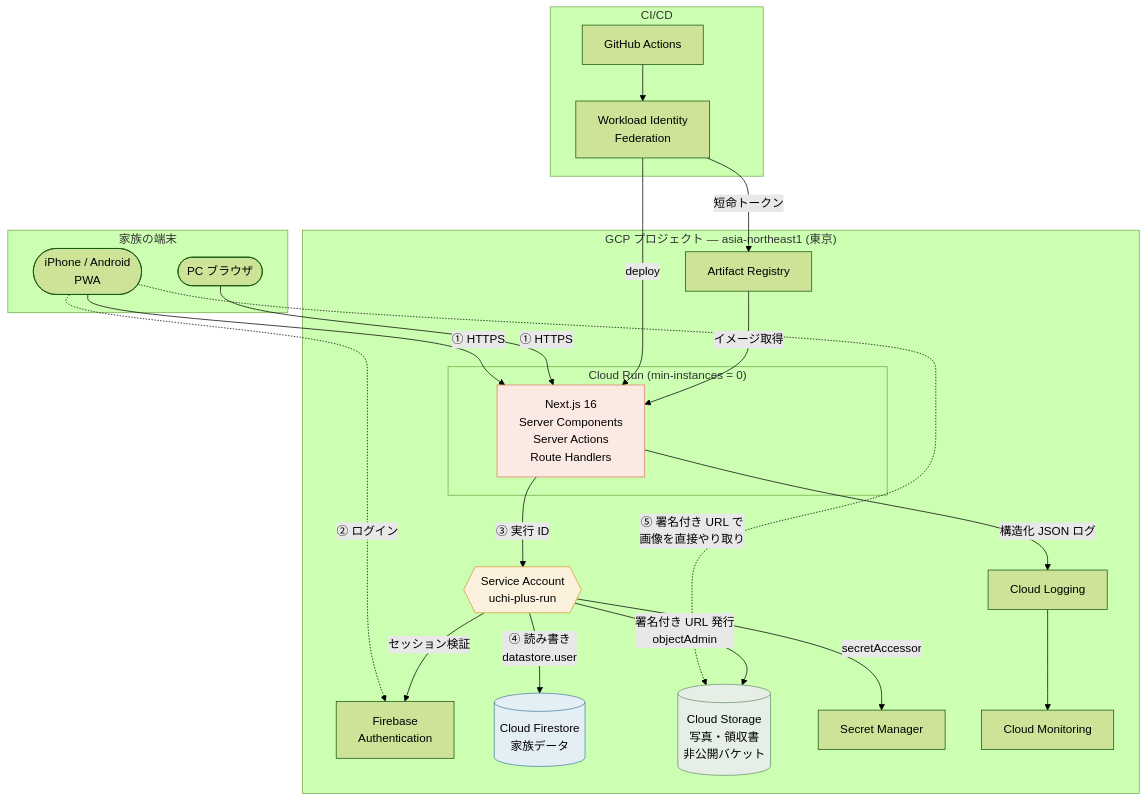
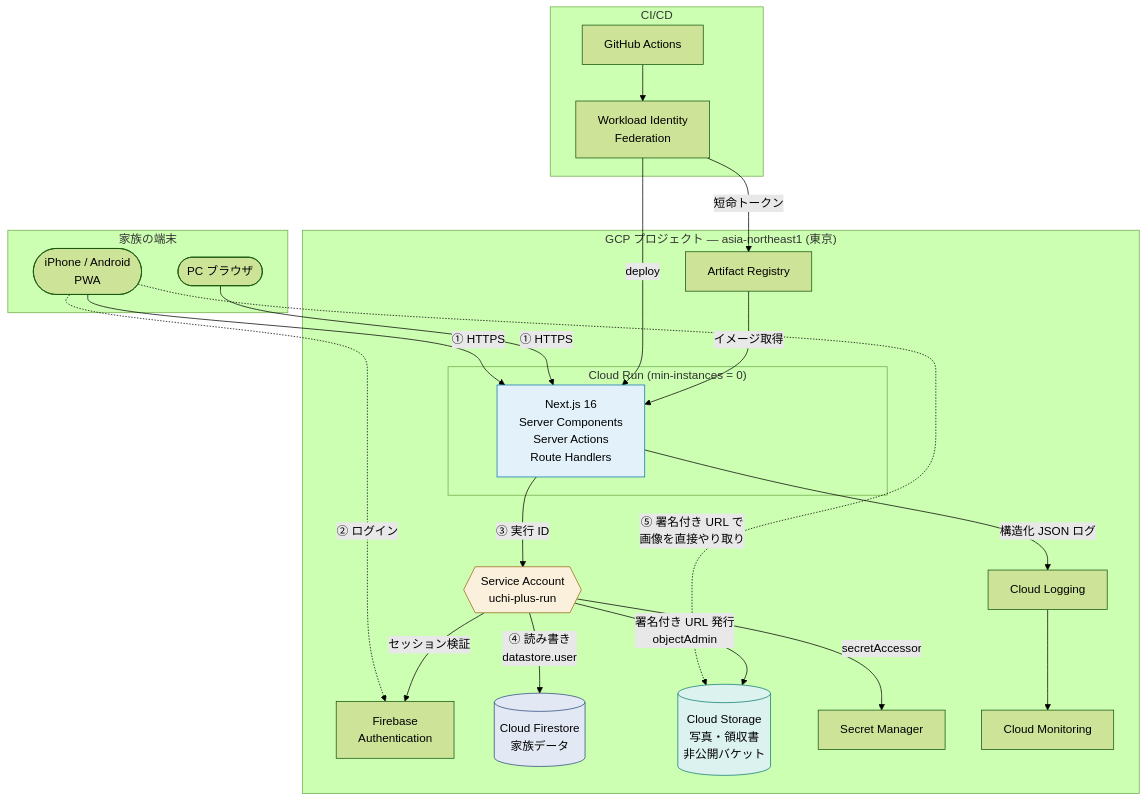
The first of 3 diagrams in README.md (Azuma86/project_uchi), drawn with Mermaid (forest theme) before and after one commit. The commit also changed other lines of this file and 41 other files, not shown here.

````diff
--- a/README.md
+++ b/README.md
@@ -70,50 +72,50 @@
 ```mermaid
 graph TB
     subgraph client["家族の端末"]
         MOBILE(["iPhone / Android<br/>PWA"])
         PC(["PC ブラウザ"])
     end
 
     subgraph gcp["GCP プロジェクト — asia-northeast1 (東京)"]
         subgraph run["Cloud Run (min-instances = 0)"]
             NEXT["Next.js 16<br/>Server Components<br/>Server Actions<br/>Route Handlers"]
         end
 
         AUTH["Firebase<br/>Authentication"]
         FS[("Cloud Firestore<br/>家族データ")]
         GCS[("Cloud Storage<br/>写真・領収書<br/>非公開バケット")]
         SM["Secret Manager"]
         LOG["Cloud Logging"]
         MON["Cloud Monitoring"]
         AR["Artifact Registry"]
         SA{{"Service Account<br/>uchi-plus-run"}}
     end
 
     subgraph ci["CI/CD"]
         GHA["GitHub Actions"]
         WIF["Workload Identity<br/>Federation"]
     end
 
     MOBILE -->|"① HTTPS"| NEXT
     PC -->|"① HTTPS"| NEXT
     MOBILE -.->|"② ログイン"| AUTH
     MOBILE -.->|"⑤ 署名付き URL で<br/>画像を直接やり取り"| GCS
 
     NEXT -->|"③ 実行 ID"| SA
     SA -->|"セッション検証"| AUTH
     SA -->|"④ 読み書き<br/>datastore.user"| FS
     SA -->|"署名付き URL 発行<br/>objectAdmin"| GCS
     SA -->|"secretAccessor"| SM
     NEXT -->|"構造化 JSON ログ"| LOG
     LOG --> MON
 
     GHA --> WIF
     WIF -->|"短命トークン"| AR
     WIF -->|"deploy"| NEXT
     AR -->|"イメージ取得"| NEXT
 
-    style NEXT fill:#fbe9e3,stroke:#e07a5f
-    style FS fill:#e4eef5,stroke:#4a7fa5
-    style GCS fill:#e6efe6,stroke:#6b8f71
-    style SA fill:#fbf1dd,stroke:#d99a2b
+    style NEXT fill:#e2f1fa,stroke:#0b72b5
+    style FS fill:#e3e9f4,stroke:#28477d
+    style GCS fill:#dcf2ef,stroke:#0d7a70
+    style SA fill:#fbf0db,stroke:#9a6412
 ```
````
